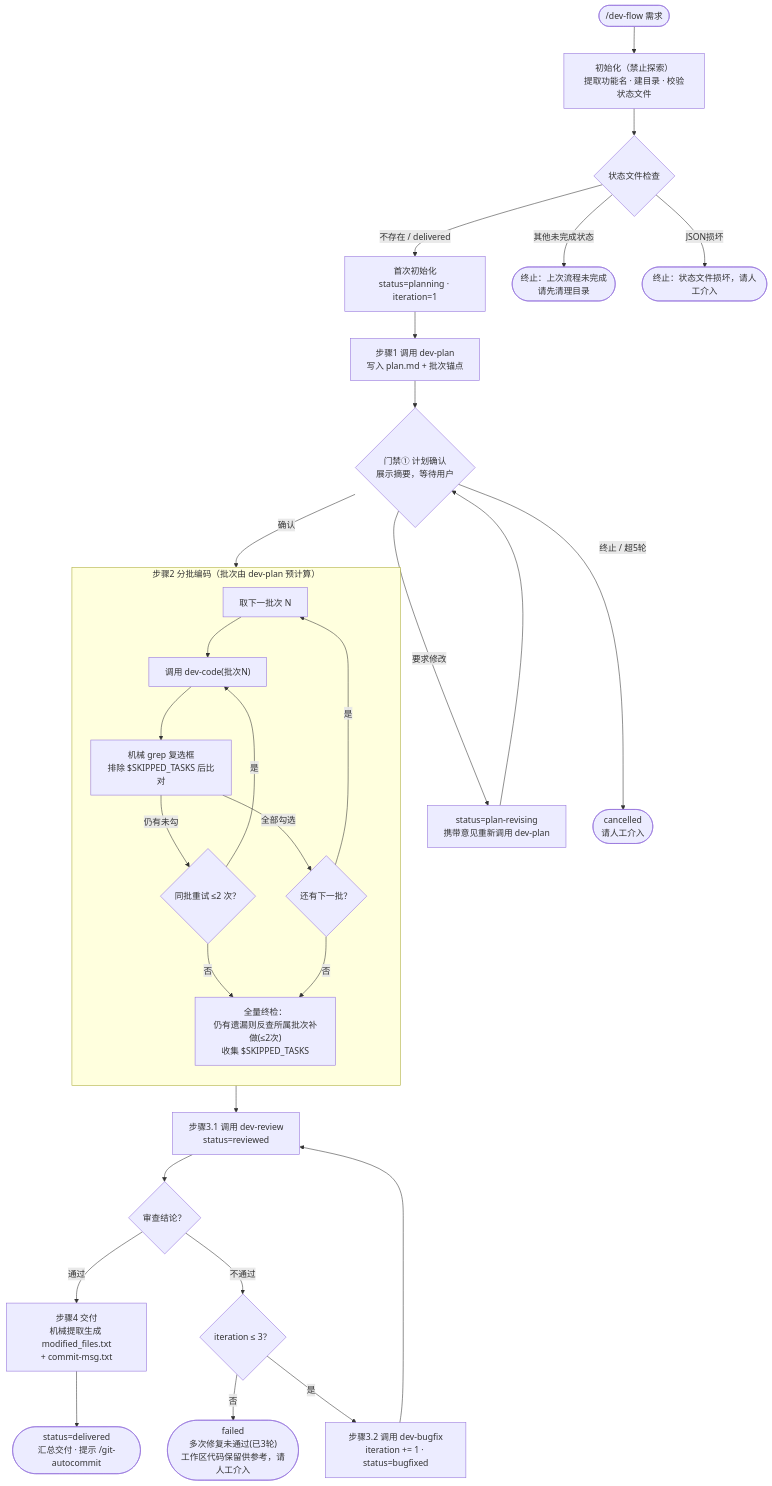
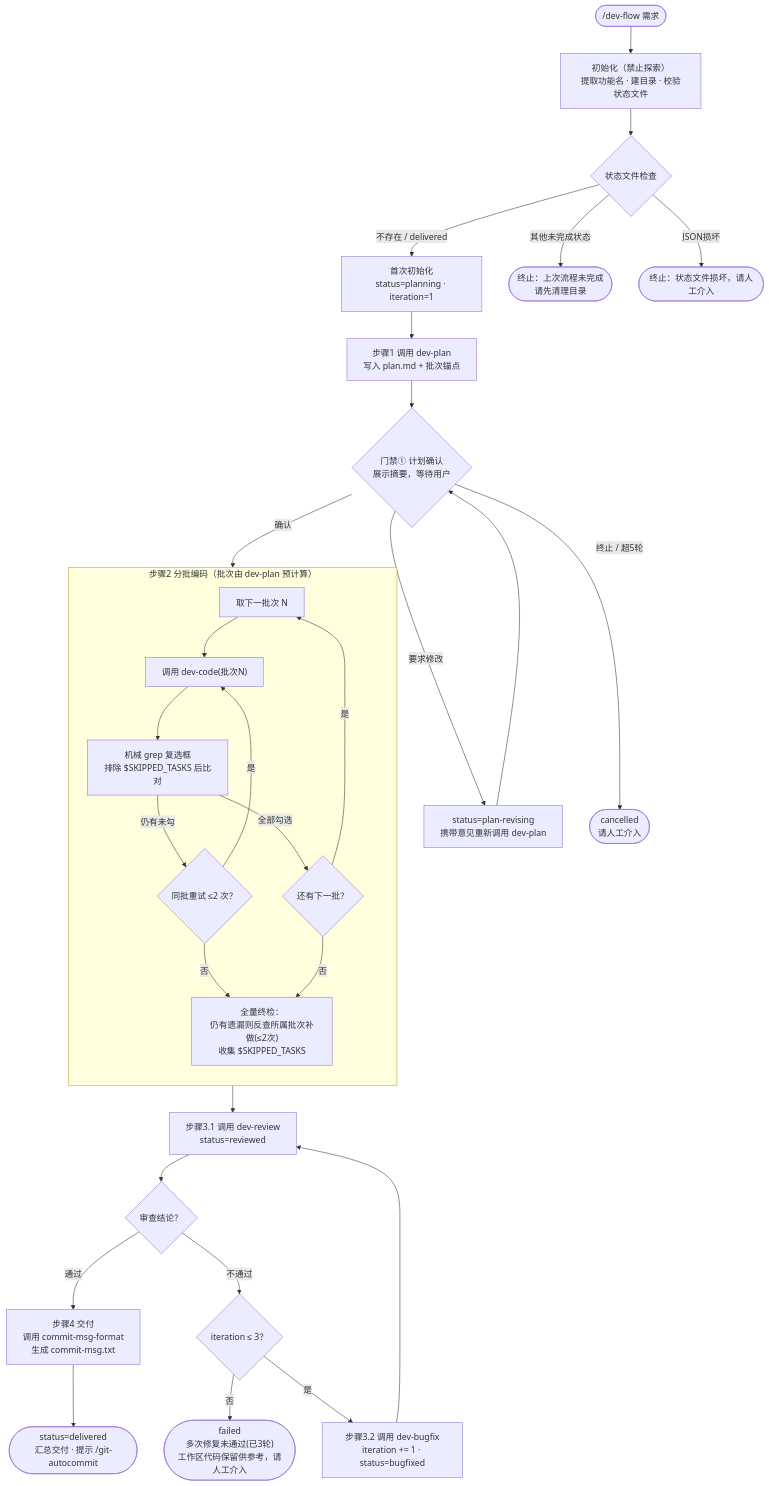
The third of 5 diagrams in docs/dev-flow-DESIGN.md (GMshuS/opencode-study), drawn with Mermaid before and after one commit. The commit also changed other lines of this file and 14 other files, not shown here.

First line of the commit message:
生成的git提交信息 commit-msg.txt 格式标准化： 1. 抽取格式化的 commit-msg-format/SKILL.md skill； 2. 示例如下： fix: SMSPlatform 账号同步改为增量模式

````diff
--- a/docs/dev-flow-DESIGN.md
+++ b/docs/dev-flow-DESIGN.md
@@ -224,36 +222,36 @@
 ```mermaid
 flowchart TD
     START(["/dev-flow 需求"]) --> INIT["初始化（禁止探索）<br/>提取功能名 · 建目录 · 校验状态文件"]
     INIT --> S1{"状态文件检查"}
     S1 -->|"不存在 / delivered"| NEW["首次初始化<br/>status=planning · iteration=1"]
     S1 -->|"其他未完成状态"| ERR1(["终止：上次流程未完成<br/>请先清理目录"])
     S1 -->|"JSON损坏"| ERR2(["终止：状态文件损坏，请人工介入"])
     NEW --> PLAN["步骤1 调用 dev-plan<br/>写入 plan.md + 批次锚点"]
 
     PLAN --> CONFIRM{"门禁① 计划确认<br/>展示摘要，等待用户"}
     CONFIRM -->|"确认"| CODING
     CONFIRM -->|"要求修改"| REV["status=plan-revising<br/>携带意见重新调用 dev-plan"] --> CONFIRM
     CONFIRM -->|"终止 / 超5轮"| STOP1(["cancelled<br/>请人工介入"])
 
     subgraph CODING["步骤2 分批编码（批次由 dev-plan 预计算）"]
         direction TB
         NEXTB["取下一批次 N"] --> CODE["调用 dev-code(批次N)"]
         CODE --> GREP["机械 grep 复选框<br/>排除 $SKIPPED_TASKS 后比对"]
         GREP -->|"全部勾选"| MORE{"还有下一批？"}
         GREP -->|"仍有未勾"| RETRY{"同批重试 ≤2 次？"}
         RETRY -->|"是"| CODE
         RETRY -->|"否"| FULL
         MORE -->|"是"| NEXTB
         MORE -->|"否"| FULL["全量终检：<br/>仍有遗漏则反查所属批次补做(≤2次)<br/>收集 $SKIPPED_TASKS"]
     end
 
     FULL --> REVIEW["步骤3.1 调用 dev-review<br/>status=reviewed"]
     REVIEW --> VERDICT{"审查结论？"}
     VERDICT -->|"通过"| DELIVER
     VERDICT -->|"不通过"| ITER{"iteration ≤ 3？"}
     ITER -->|"否"| FAIL(["failed<br/>多次修复未通过(已3轮)<br/>工作区代码保留供参考，请人工介入"])
     ITER -->|"是"| FIX["步骤3.2 调用 dev-bugfix<br/>iteration += 1 · status=bugfixed"]
     FIX --> REVIEW
 
-    DELIVER["步骤4 交付<br/>机械提取生成 modified_files.txt<br/>+ commit-msg.txt"] --> DONE(["status=delivered<br/>汇总交付 · 提示 /git-autocommit"])
+    DELIVER["步骤4 交付<br/>调用 commit-msg-format<br/>生成 commit-msg.txt"] --> DONE(["status=delivered<br/>汇总交付 · 提示 /git-autocommit"])
 ```
````
